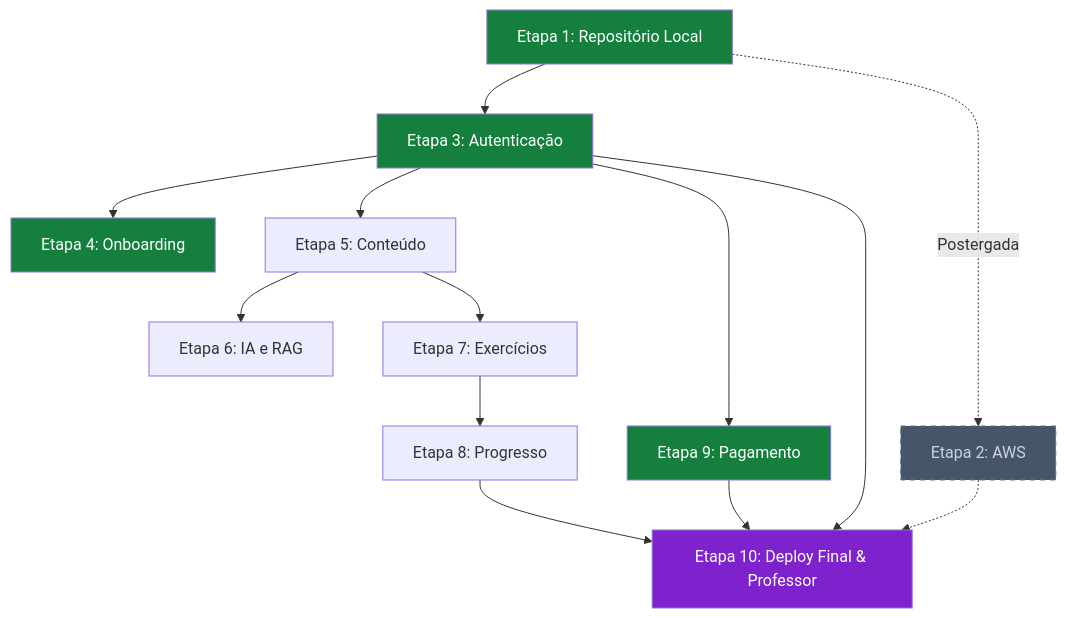
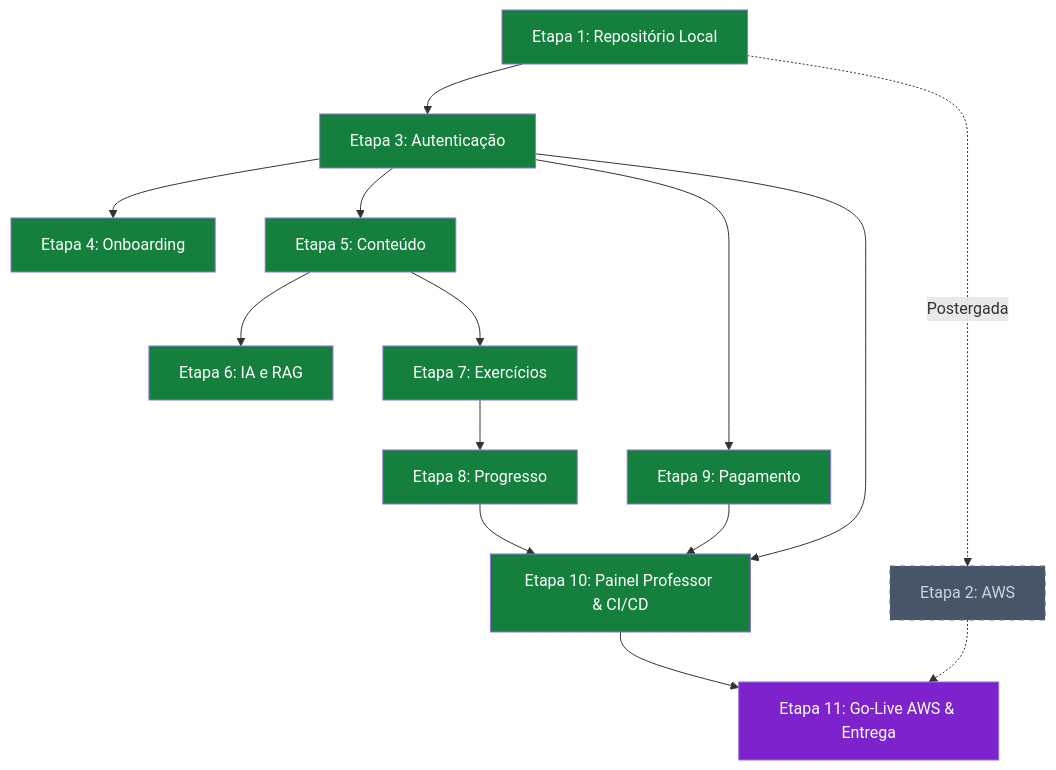
Before and after one commit to SiadeLucas/Tutor-Inteligente: the second of 2 diagrams in docs-site/docs/implementation/index.md, drawn with Mermaid. The commit also changed other lines of this file and 35 other files, not shown here.

Commit message:
feat: etapa 10 - painel do professor (plataforma completa e pronta pra produção)

````diff
--- a/docs-site/docs/implementation/index.md
+++ b/docs-site/docs/implementation/index.md
@@ -180,22 +192,28 @@
 ```mermaid
 graph TD
     E1["Etapa 1: Repositório Local"] --> E3["Etapa 3: Autenticação"]
     E1 -.->|Postergada| E2["Etapa 2: AWS"]
     E3 --> E4["Etapa 4: Onboarding"]
     E3 --> E5["Etapa 5: Conteúdo"]
     E5 --> E6["Etapa 6: IA e RAG"]
     E5 --> E7["Etapa 7: Exercícios"]
     E7 --> E8["Etapa 8: Progresso"]
     E3 --> E9["Etapa 9: Pagamento"]
-    E3 --> E10["Etapa 10: Deploy Final & Professor"]
+    E3 --> E10["Etapa 10: Painel Professor & CI/CD"]
     E8 --> E10
     E9 --> E10
-    E2 -.-> E10
+    E10 --> E11["Etapa 11: Go-Live AWS & Entrega"]
+    E2 -.-> E11
 
     style E1 fill:#15803d,color:#fff
     style E2 fill:#475569,stroke:#64748b,stroke-dasharray: 5 5,color:#cbd5e1
     style E3 fill:#15803d,color:#fff
     style E4 fill:#15803d,color:#fff
+    style E5 fill:#15803d,color:#fff
+    style E6 fill:#15803d,color:#fff
+    style E7 fill:#15803d,color:#fff
+    style E8 fill:#15803d,color:#fff
     style E9 fill:#15803d,color:#fff
-    style E10 fill:#7e22ce,color:#fff
+    style E10 fill:#15803d,color:#fff
+    style E11 fill:#7e22ce,color:#fff
 ```
````
